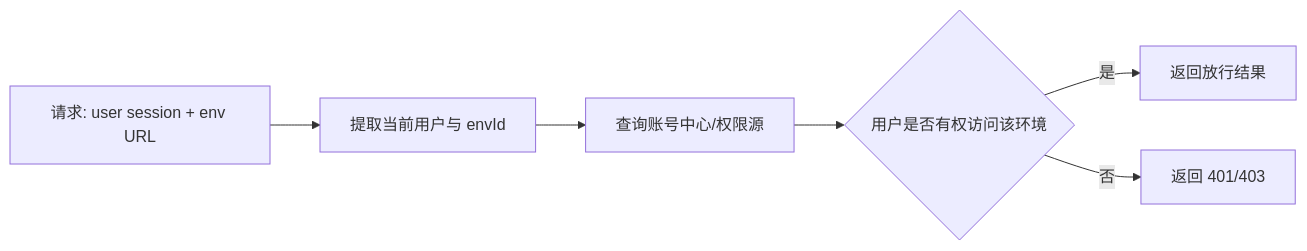
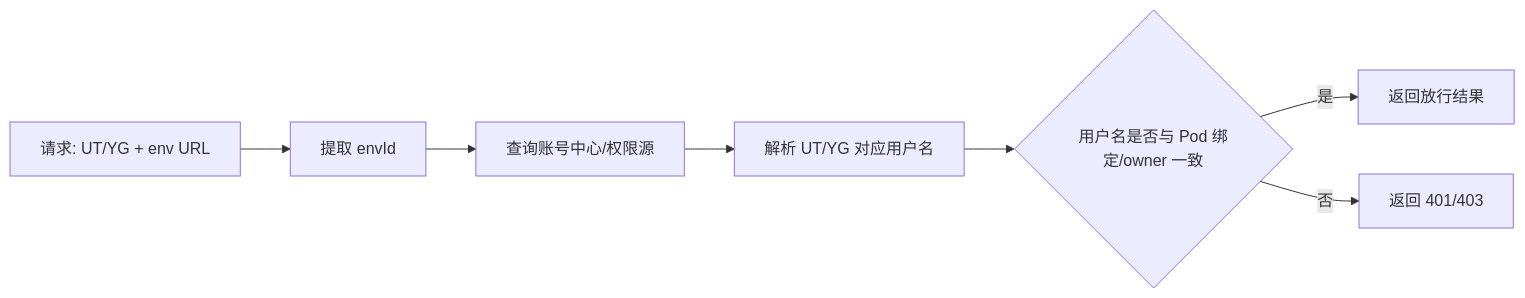
Before and after one commit to GeorgeCao-hw/backlog-test: the second of 3 diagrams in opensourceways/backlog/issue_docs/151/Architecture Desgin/#151 Architecture Design Specification.md, drawn with Mermaid. The commit also changed other lines of this file and 1 other file, not shown here.

````diff
--- a/opensourceways/backlog/issue_docs/151/Architecture Desgin/#151 Architecture Design Specification.md
+++ b/opensourceways/backlog/issue_docs/151/Architecture Desgin/#151 Architecture Design Specification.md
@@ -42,8 +43,9 @@
 ```mermaid
 flowchart LR
-    Req[请求: user session + env URL] --> Extract[提取当前用户与 envId]
+    Req[请求: UT/YG + env URL] --> Extract[提取 envId]
     Extract --> Query[查询账号中心/权限源]
-    Query --> Verify{用户是否有权访问该环境}
+    Query --> UserName[解析 UT/YG 对应用户名]
+    UserName --> Verify{用户名是否与 Pod 绑定/owner 一致}
     Verify -- 是 --> Allow[返回放行结果]
     Verify -- 否 --> Deny[返回 401/403]
 ```
````
